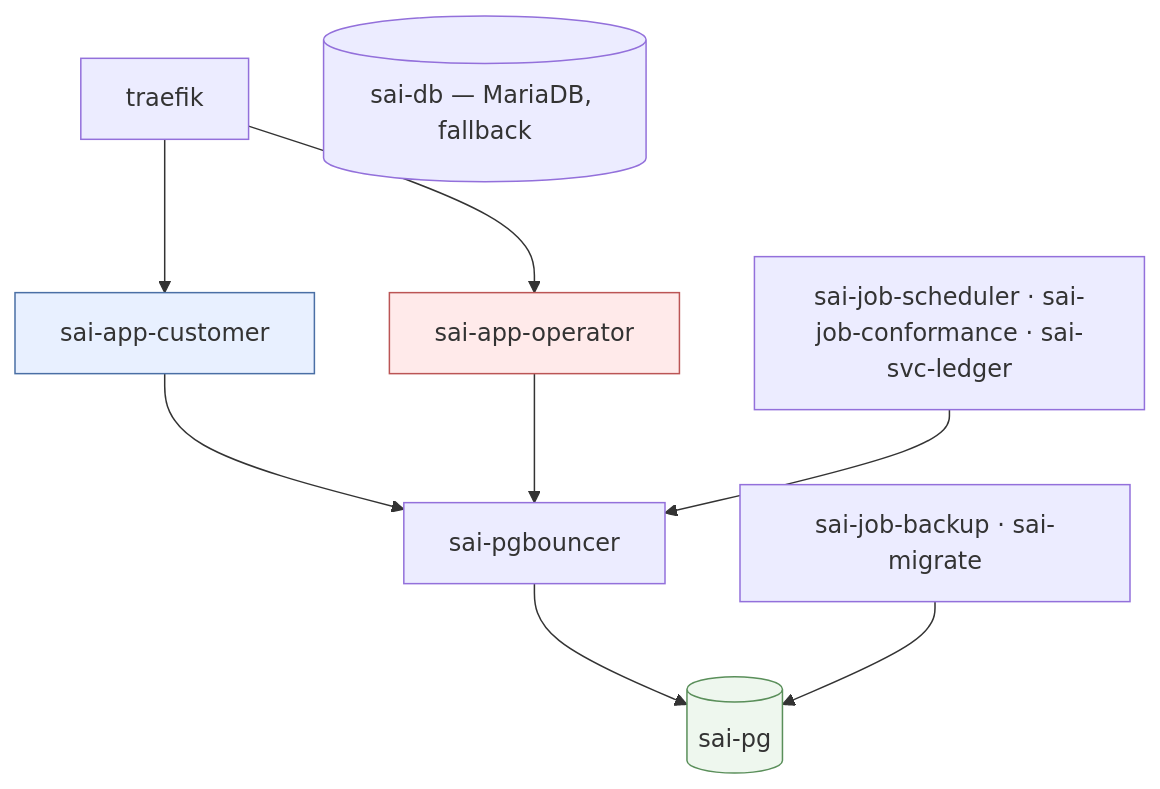
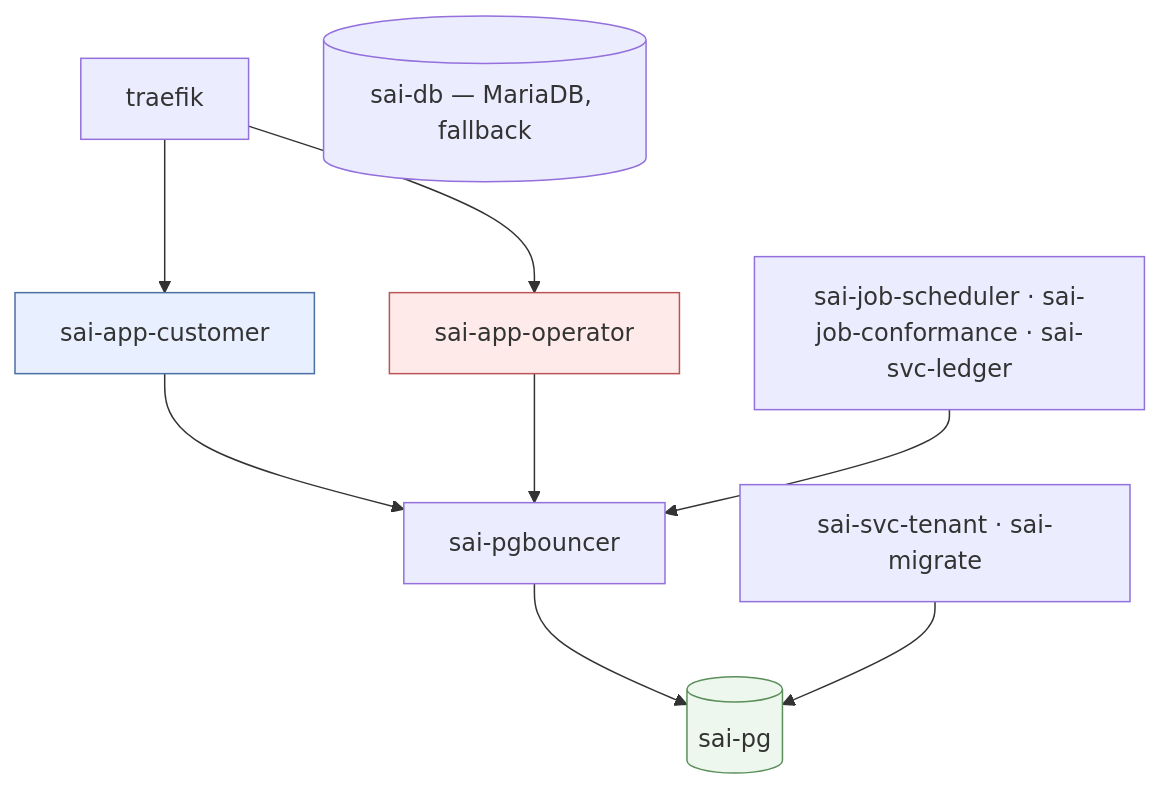
One commit to tri-evendi/sai-accounting changed the first of 5 diagrams in docs/arsitektur/02-LAYANAN-INFRA.md. Above: the diagram before and after it, drawn with Mermaid. The commit also changed other lines of this file and 10 other files, not shown here.

````diff
--- a/docs/arsitektur/02-LAYANAN-INFRA.md
+++ b/docs/arsitektur/02-LAYANAN-INFRA.md
@@ -55,15 +56,15 @@
 ```mermaid
 graph TB
     TR[traefik] --> WEBC[sai-app-customer]
     TR --> WEBO[sai-app-operator]
     WEBC --> PGB[sai-pgbouncer]
     WEBO --> PGB
     JOB[sai-job-scheduler · sai-job-conformance · sai-svc-ledger] --> PGB
     PGB --> PG[(sai-pg)]
-    LANGSUNG[sai-job-backup · sai-migrate] --> PG
+    LANGSUNG[sai-svc-tenant · sai-migrate] --> PG
     OLD[(sai-db — MariaDB, fallback)]
 
     style WEBC fill:#e8f0ff,stroke:#4a6fa5
     style WEBO fill:#ffeaea,stroke:#b55
     style PG fill:#eef7ee,stroke:#5a8f5a
 ```
````
